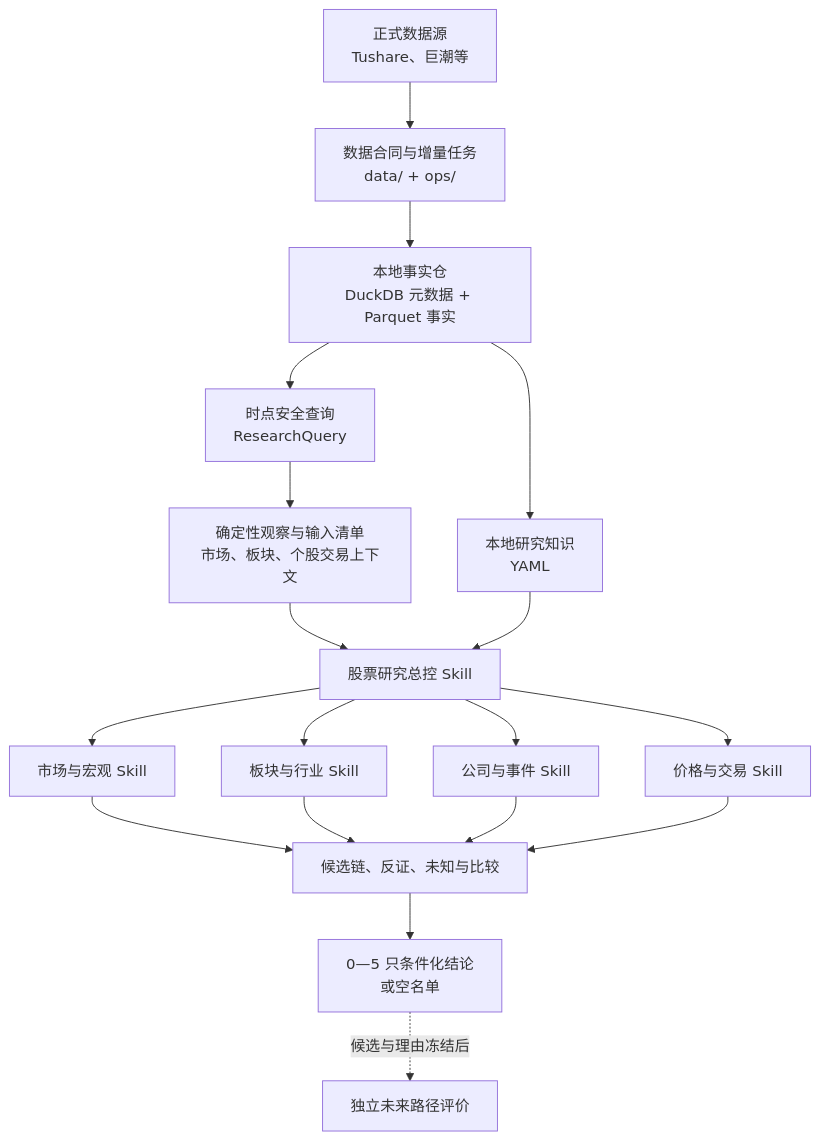
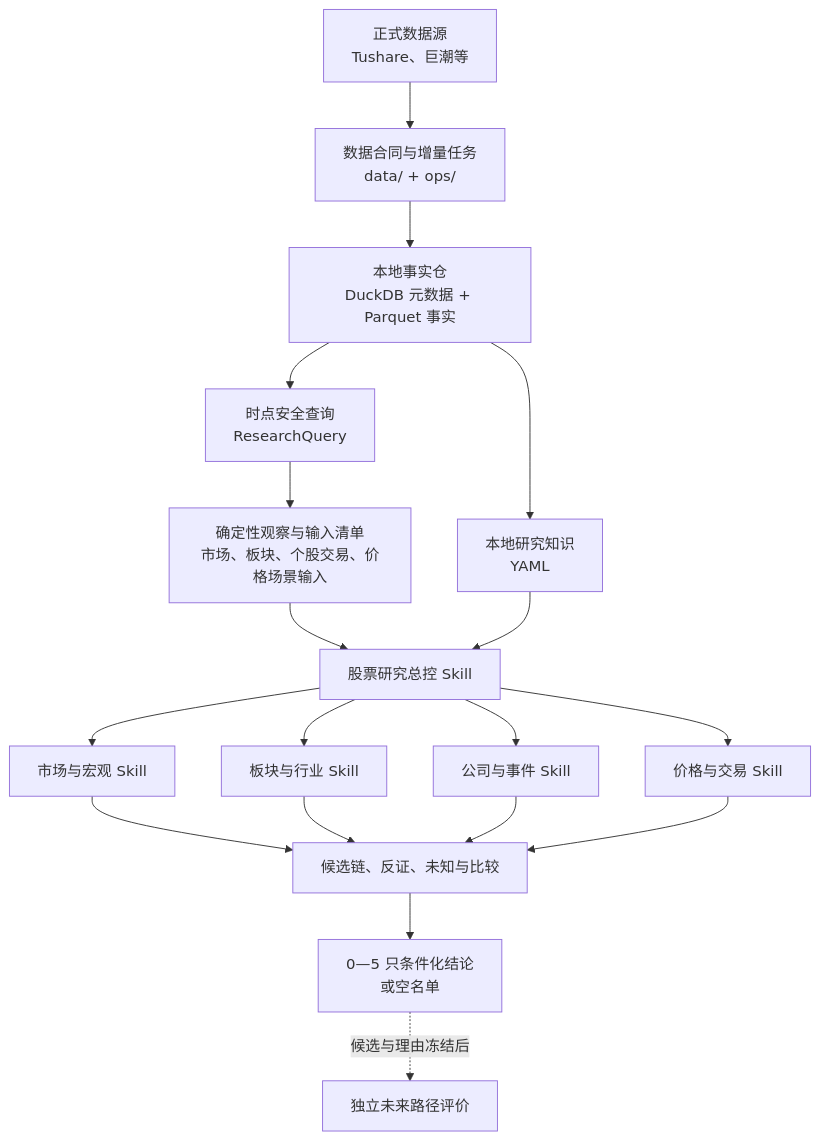
Before and after one commit to ccrt26/stock-analysis-assistant-v3: the diagram in docs/architecture/current-v3-architecture.md, drawn with Mermaid. The commit also changed other lines of this file and 49 other files, not shown here.

````diff
--- a/docs/architecture/current-v3-architecture.md
+++ b/docs/architecture/current-v3-architecture.md
@@ -61,20 +61,20 @@
 ```mermaid
 flowchart TD
     A["正式数据源<br/>Tushare、巨潮等"] --> B["数据合同与增量任务<br/>data/ + ops/"]
     B --> C["本地事实仓<br/>DuckDB 元数据 + Parquet 事实"]
     C --> D["时点安全查询<br/>ResearchQuery"]
-    D --> E["确定性观察与输入清单<br/>市场、板块、个股交易上下文"]
+    D --> E["确定性观察与输入清单<br/>市场、板块、个股交易、价格场景输入"]
     C --> F["本地研究知识<br/>YAML"]
     E --> G["股票研究总控 Skill"]
     F --> G
     G --> H["市场与宏观 Skill"]
     G --> I["板块与行业 Skill"]
     G --> J["公司与事件 Skill"]
     G --> K["价格与交易 Skill"]
     H --> L["候选链、反证、未知与比较"]
     I --> L
     J --> L
     K --> L
     L --> M["0—5 只条件化结论<br/>或空名单"]
     M -. "候选与理由冻结后" .-> N["独立未来路径评价"]
 ```
````
